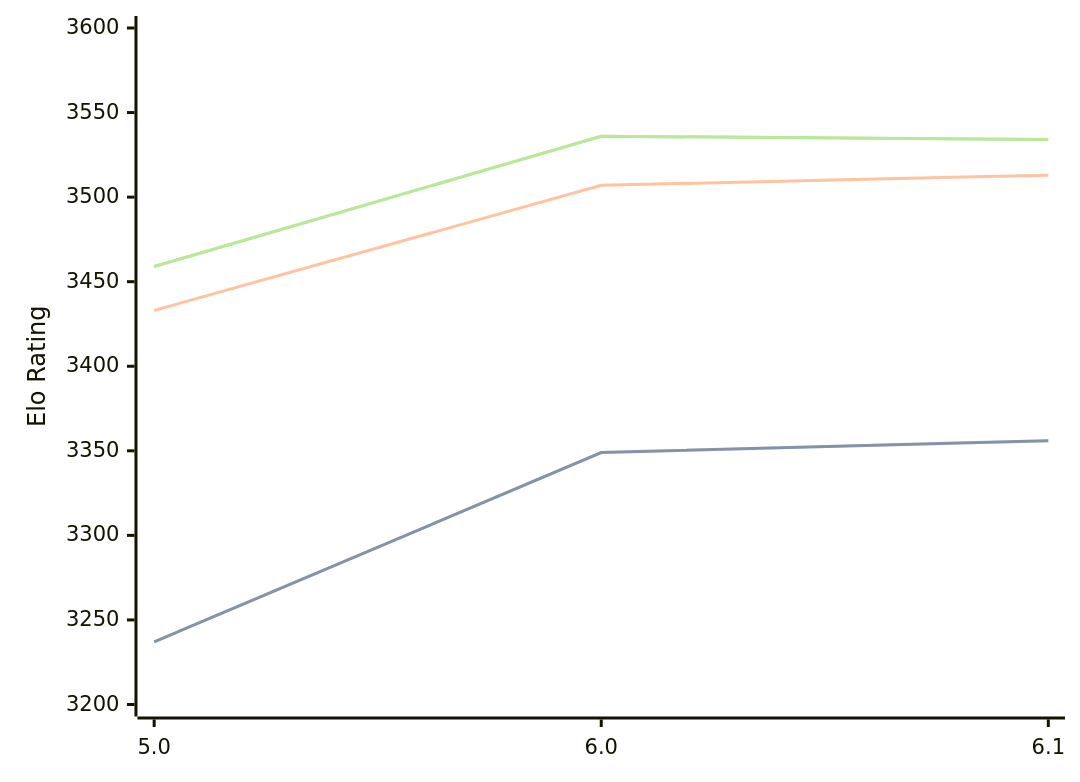
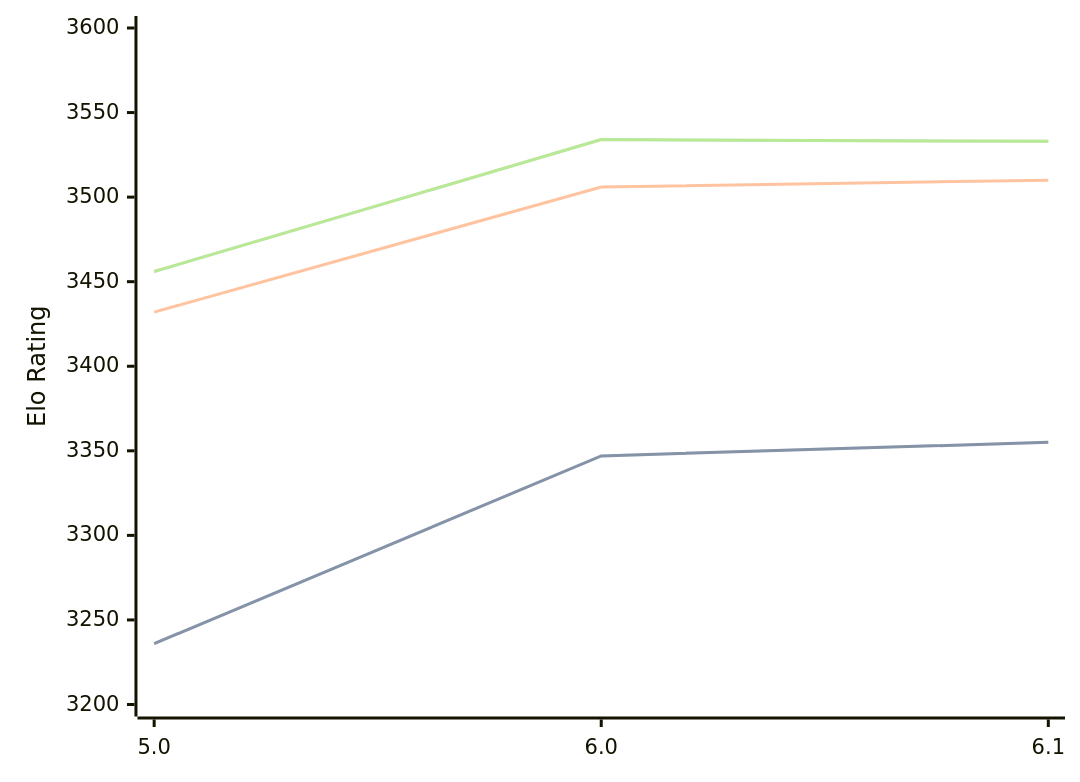
One commit to computer-chess-index/cci changed the diagram in engines/Starzix.md. Above: the diagram before and after it, drawn with Mermaid. The commit also changed other lines of this file, not shown here.

Commit message:
Update CCI Ratings (ELO VLTC) - 2026-03-31

````diff
--- a/engines/Starzix.md
+++ b/engines/Starzix.md
@@ -37,11 +37,11 @@
 ```mermaid
 %%{init: {"theme":"base","themeVariables":{"seriesColors:['#a3a3a3','#222221','#faa371']}}}%%
 xychart-beta
   x-axis ["5.0", "6.0", "6.1"]
   y-axis "Elo Rating" 3200 --> 3600
-  line "STC (8.0+0.08s)" [3237, 3349, 3356]
-  line "STC (8.0+0.08s)" [3237, 3349, 3356]
-  line "LTC (60.0+0.60s)" [3433, 3507, 3513]
-  line "VLTC (2m24s+1.12s)" [3459, 3536, 3534]
-  line "VLTC (2m24s+1.12s)" [3459, 3536, 3534]
+  line "STC (8.0+0.08s)" [3236, 3347, 3355]
+  line "STC (8.0+0.08s)" [3236, 3347, 3355]
+  line "LTC (60.0+0.60s)" [3432, 3506, 3510]
+  line "VLTC (2m24s+1.12s)" [3456, 3534, 3533]
+  line "VLTC (2m24s+1.12s)" [3456, 3534, 3533]
 ```
````
